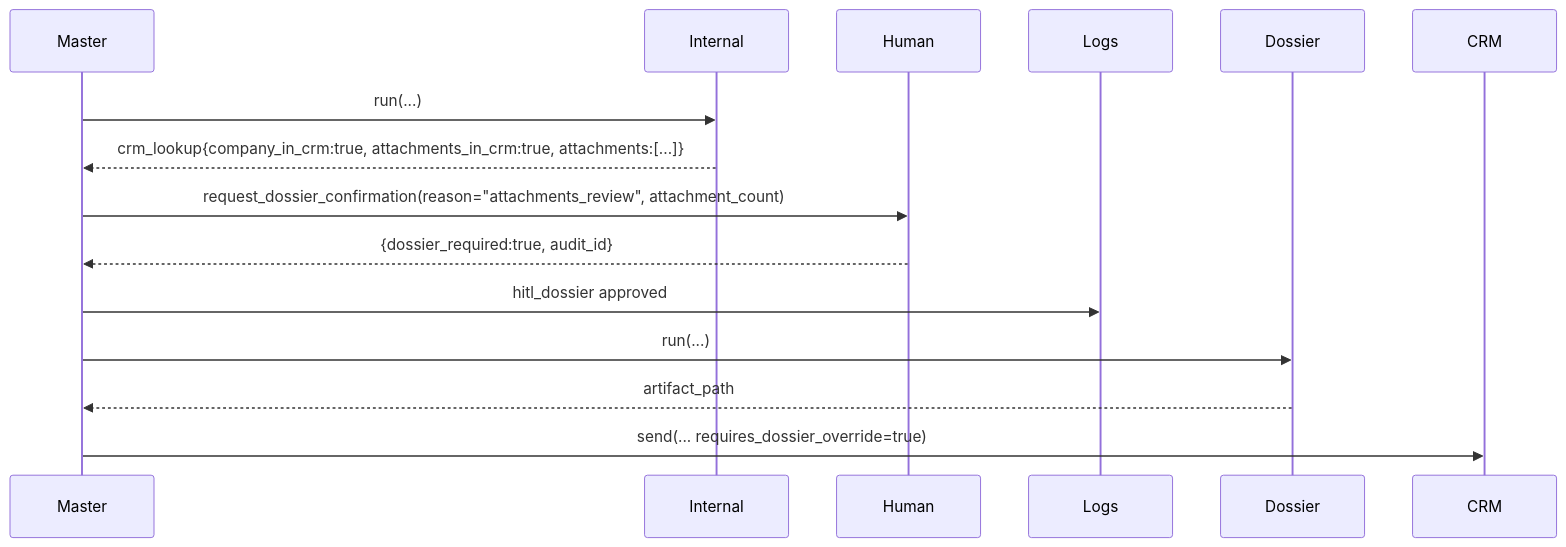
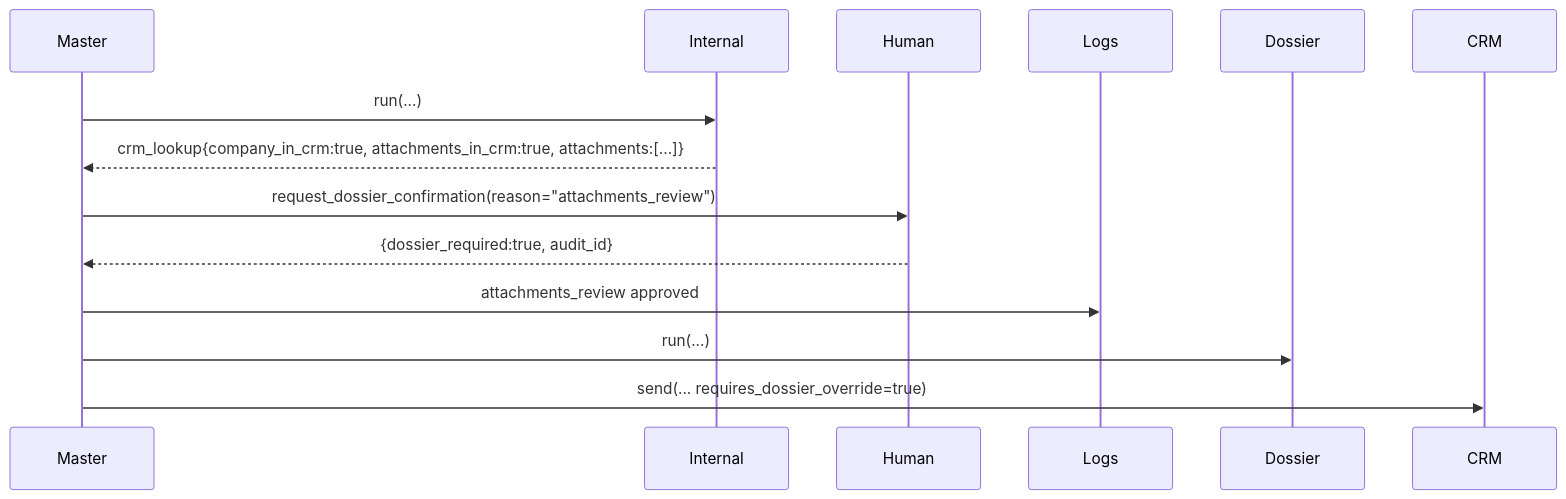
One commit to KonstantinData/Lead-Market-Insights changed the second of 8 diagrams in docs/hubspot_dossier_audit.md. Above: the diagram before and after it, drawn with Mermaid. The commit also changed other lines of this file, not shown here.

Commit message:
Refine HubSpot dossier audit to match spec

````diff
--- a/docs/hubspot_dossier_audit.md
+++ b/docs/hubspot_dossier_audit.md
@@ -67,11 +69,10 @@
 ```mermaid
 sequenceDiagram
     Master->>Internal: run(...)
     Internal-->>Master: crm_lookup{company_in_crm:true, attachments_in_crm:true, attachments:[...]}
-    Master->>Human: request_dossier_confirmation(reason="attachments_review", attachment_count)
+    Master->>Human: request_dossier_confirmation(reason="attachments_review")
     Human-->>Master: {dossier_required:true, audit_id}
-    Master->>Logs: hitl_dossier approved
+    Master->>Logs: attachments_review approved
     Master->>Dossier: run(...)
-    Dossier-->>Master: artifact_path
     Master->>CRM: send(... requires_dossier_override=true)
 ```
````
